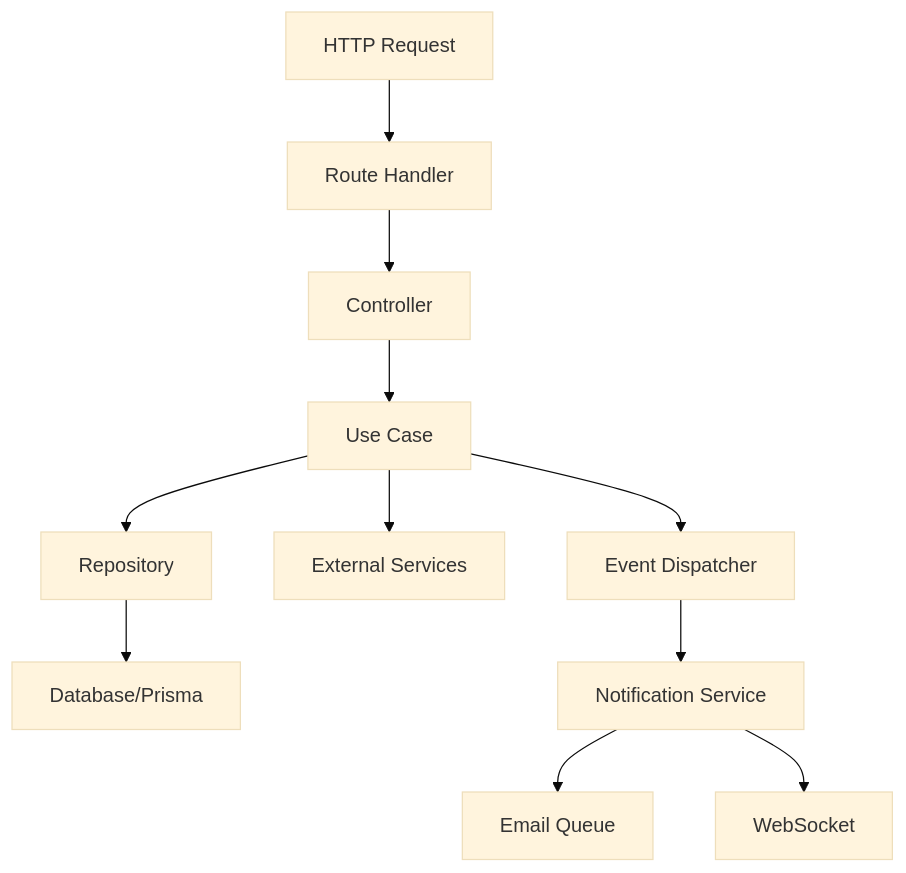
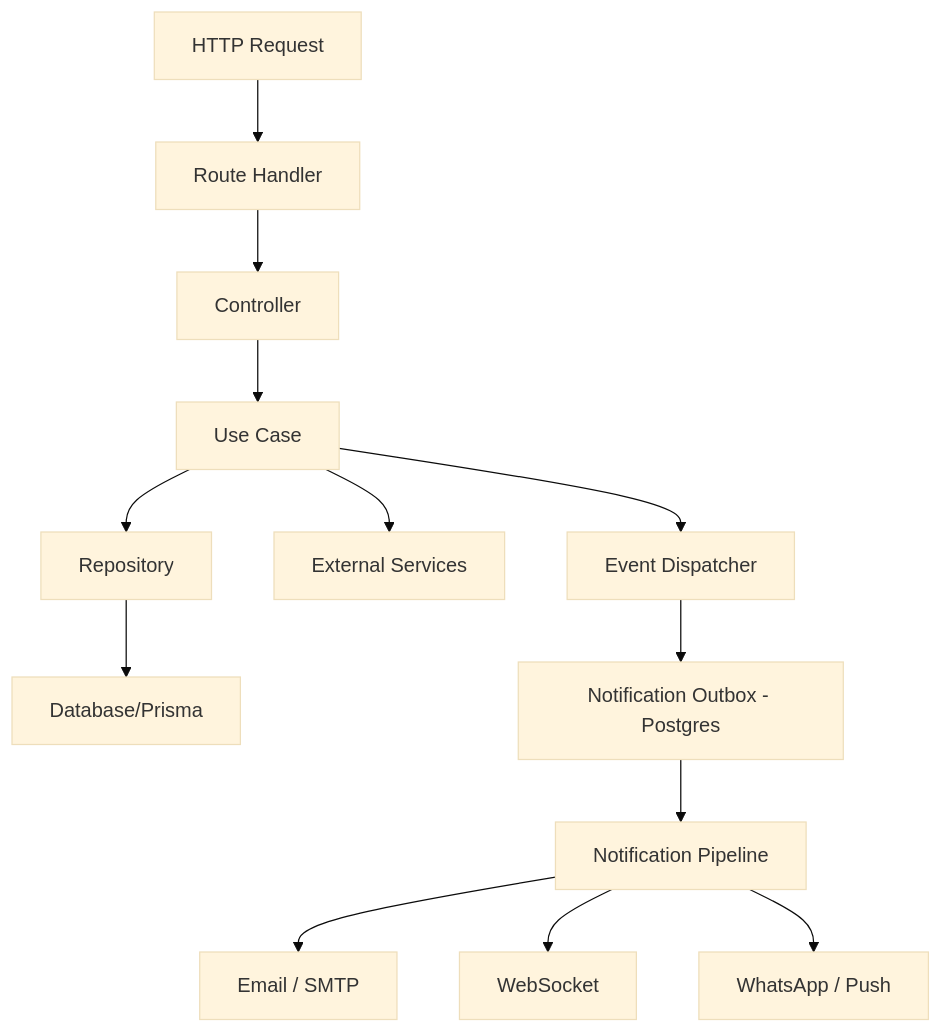
The diagram in README.md (Trajetto-Organization/trajetto-api), drawn with Mermaid (base theme) before and after one commit. The commit also changed other lines of this file and 434 other files, not shown here.

````diff
--- a/README.md
+++ b/README.md
@@ -434,13 +449,15 @@
 ```mermaid
 graph TD
     A[HTTP Request] --> B[Route Handler]
     B --> C[Controller]
     C --> D[Use Case]
     D --> E[Repository]
     E --> F[Database/Prisma]
     D --> G[External Services]
     D --> H[Event Dispatcher]
-    H --> I[Notification Service]
-    I --> J[Email Queue]
-    I --> K[WebSocket]
+    H --> I[Notification Outbox - Postgres]
+    I --> J[Notification Pipeline]
+    J --> K[Email / SMTP]
+    J --> L[WebSocket]
+    J --> M[WhatsApp / Push]
 ```
````
